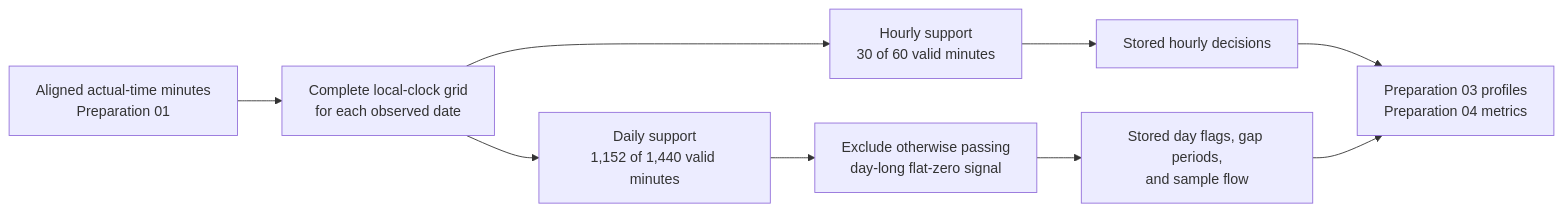
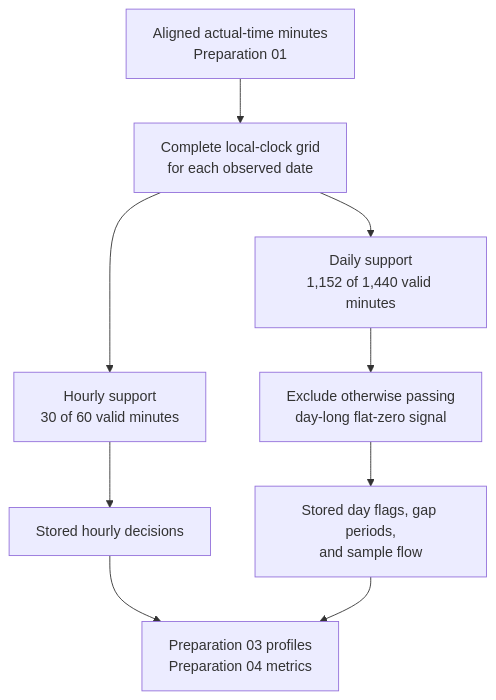
One commit to tscnlab/ZaunerEtAl_bioRxiv_2026 changed the diagram in notebooks/preparation/02_coverage_sample_flow.qmd. Above: the diagram before and after it, drawn with Mermaid. The commit also changed other lines of this file and 21122 other files, not shown here.

````diff
--- a/notebooks/preparation/02_coverage_sample_flow.qmd
+++ b/notebooks/preparation/02_coverage_sample_flow.qmd
@@ -501,14 +492,14 @@
 ```{mermaid}
 %%| label: fig-preparation02-chain
 %%| fig-cap: "Position of Preparation 02 in the data-to-analysis chain. Rendering reads the stored coverage outputs but does not recreate the grid or decisions."
 %%| fig-alt: "Flow diagram from aligned near-eye and chest one-minute records through a complete local-clock grid, hourly and daily melEDI coverage decisions, a day-long flat-zero check, and stored coverage and sample-flow files passed to reference-profile and metric preparation."
-flowchart LR
+flowchart TB
   A["Aligned actual-time minutes<br/>Preparation 01"] --> B["Complete local-clock grid<br/>for each observed date"]
   B --> C["Hourly support<br/>30 of 60 valid minutes"]
   B --> D["Daily support<br/>1,152 of 1,440 valid minutes"]
   D --> E["Exclude otherwise passing<br/>day-long flat-zero signal"]
   C --> F["Stored hourly decisions"]
   E --> G["Stored day flags, gap periods,<br/>and sample flow"]
   F --> H["Preparation 03 profiles<br/>Preparation 04 metrics"]
   G --> H
 ```
````
